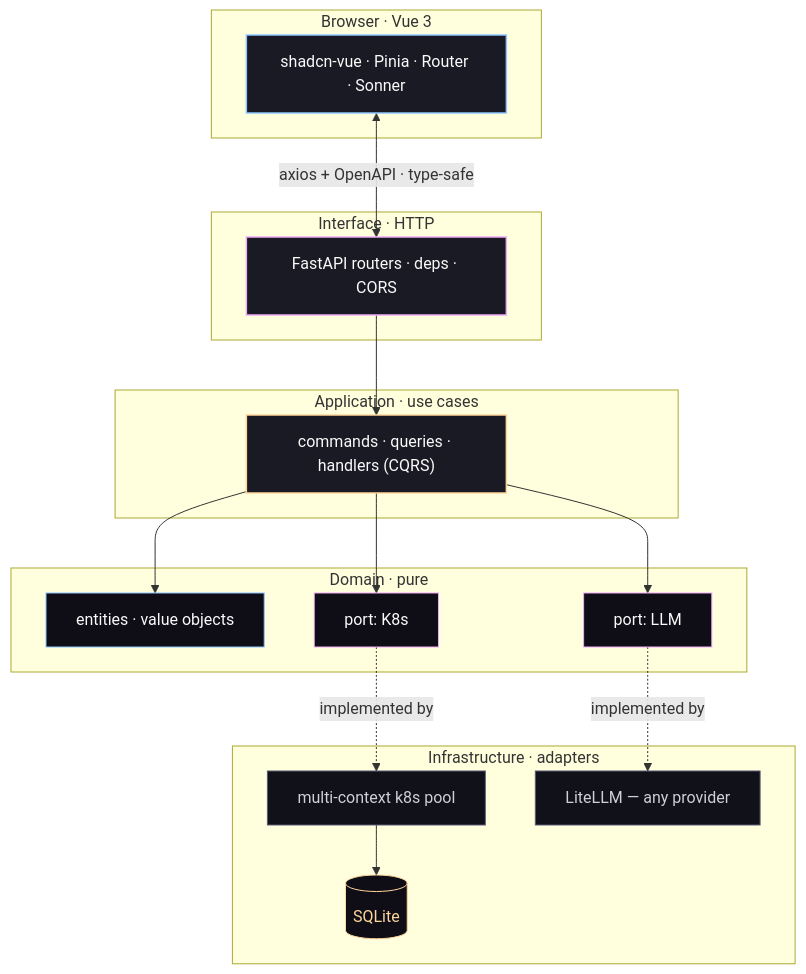
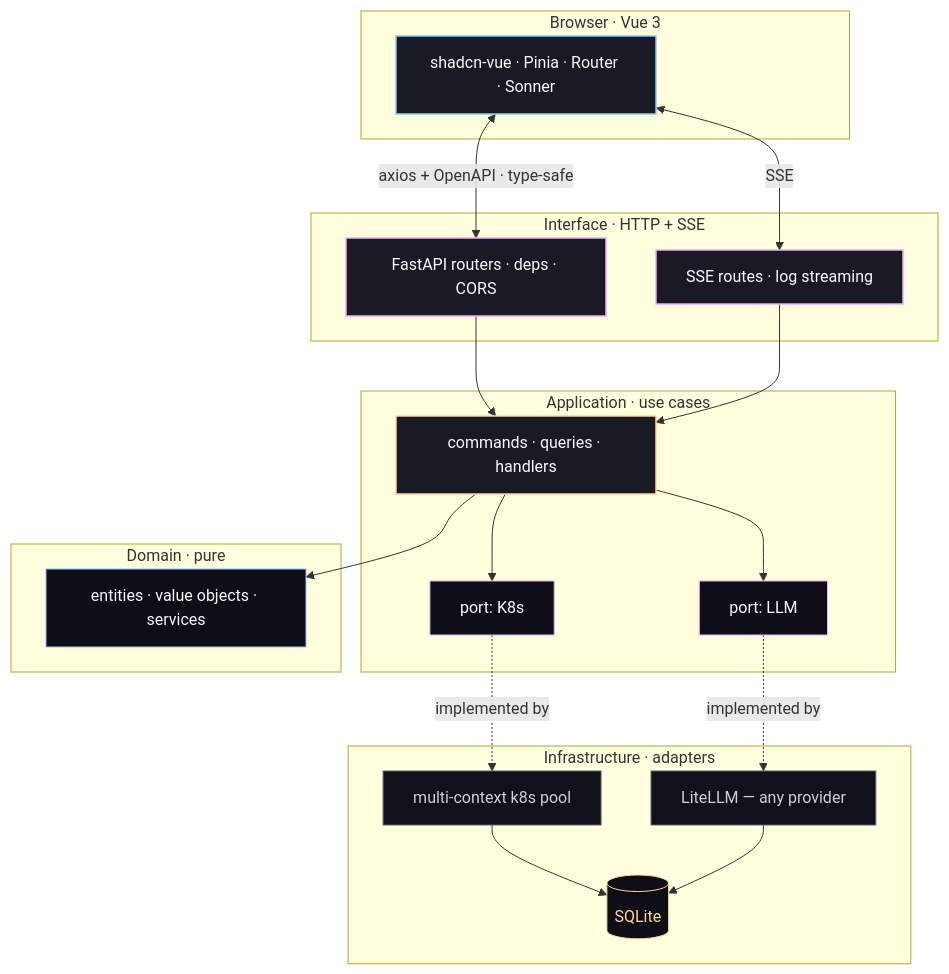
The diagram in README.md (mcgrapeng/Spotlight), drawn with Mermaid before and after one commit. The commit also changed other lines of this file, not shown here.

````diff
--- a/README.md
+++ b/README.md
@@ -345,42 +153,46 @@
 ```mermaid
 flowchart TB
   classDef ui    fill:#1A1A24,stroke:#8EC5FF,stroke-width:1.5px,color:#FAFAFA
   classDef api   fill:#1A1A24,stroke:#EFADF7,stroke-width:1.5px,color:#FAFAFA
   classDef app   fill:#1A1A24,stroke:#FFD69B,stroke-width:1.5px,color:#FAFAFA
+  classDef port  fill:#0F0E16,stroke:#EFADF7,stroke-width:1px,color:#FAFAFA
   classDef dom   fill:#0F0E16,stroke:#8EC5FF,stroke-width:1px,color:#FAFAFA
-  classDef port  fill:#0F0E16,stroke:#EFADF7,stroke-width:1px,color:#FAFAFA
   classDef infra fill:#11111A,stroke:#5A5A75,stroke-width:1px,color:#CFCFD8
   classDef store fill:#0F0E16,stroke:#FFD69B,stroke-width:1px,color:#FFD69B
 
   subgraph Browser["Browser · Vue 3"]
     UI["shadcn-vue · Pinia · Router · Sonner"]:::ui
   end
 
-  subgraph Edge["Interface · HTTP"]
+  subgraph Edge["Interface · HTTP + SSE"]
     API["FastAPI routers · deps · CORS"]:::api
+    SSE["SSE routes · log streaming"]:::api
   end
 
   subgraph App["Application · use cases"]
-    UC["commands · queries · handlers (CQRS)"]:::app
+    UC["commands · queries · handlers"]:::app
+    PK["port: K8s"]:::port
+    PL["port: LLM"]:::port
   end
 
   subgraph Dom["Domain · pure"]
-    ENT["entities · value objects"]:::dom
-    PK["port: K8s"]:::port
-    PL["port: LLM"]:::port
+    ENT["entities · value objects · services"]:::dom
   end
 
   subgraph Infra["Infrastructure · adapters"]
     K8S["multi-context k8s pool"]:::infra
     LLM["LiteLLM — any provider"]:::infra
     DB[("SQLite")]:::store
   end
 
   UI <-->|"axios + OpenAPI · type-safe"| API
+  UI <-->|SSE| SSE
   API --> UC
+  SSE --> UC
   UC --> ENT
   UC --> PK & PL
   PK -. implemented by .-> K8S
   PL -. implemented by .-> LLM
   K8S --> DB
+  LLM --> DB
 ```
````
